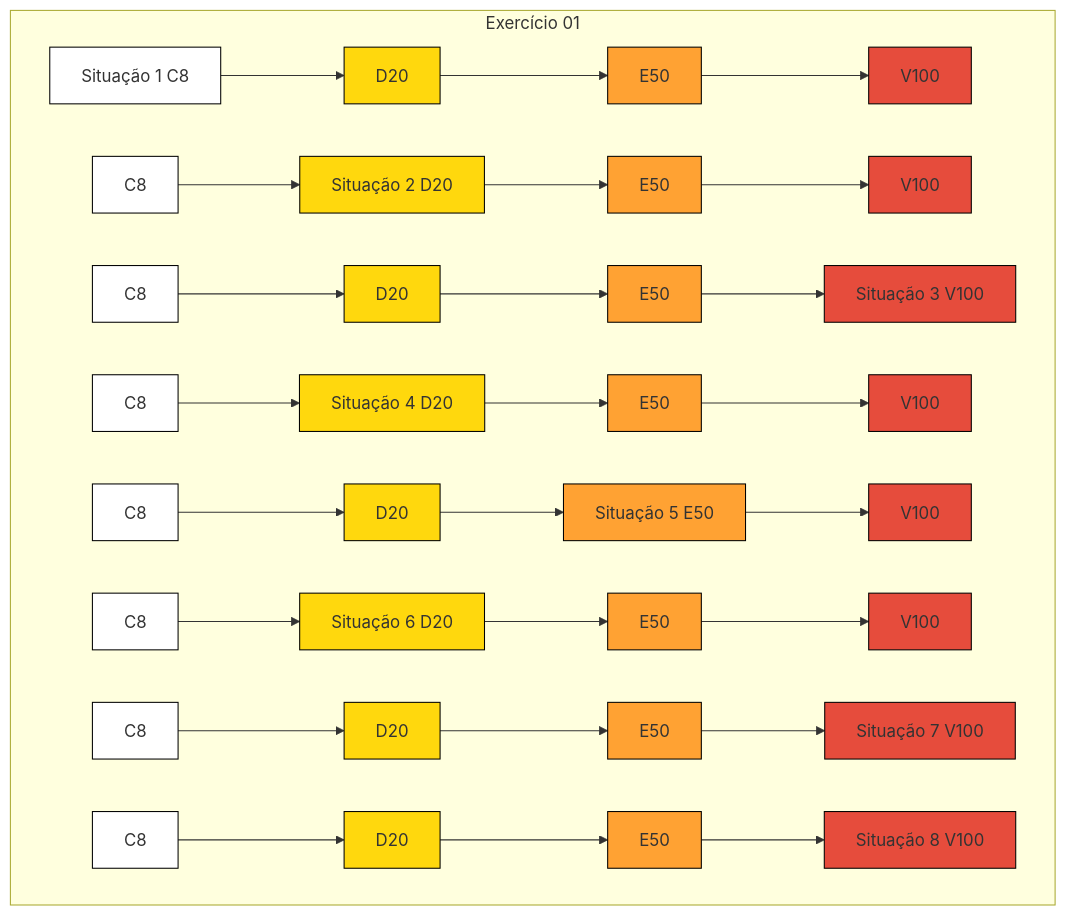
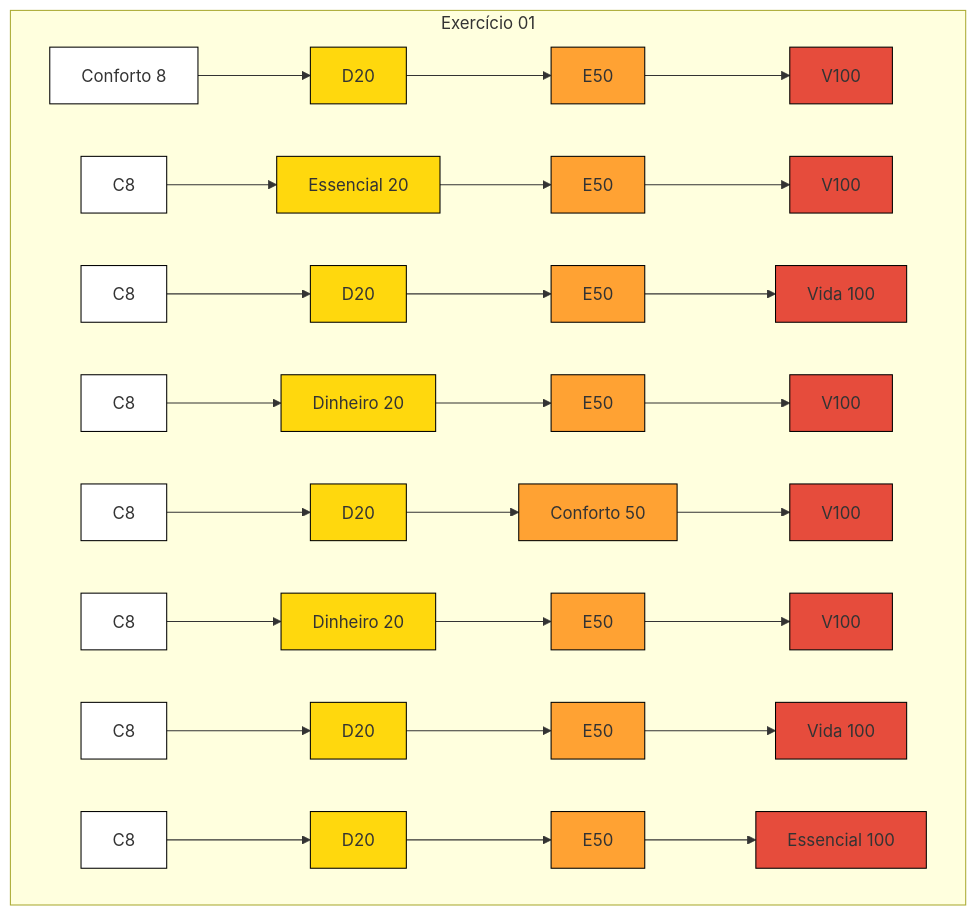
The first of 2 diagrams in README.md (catypr/Metodo-Agil-Crystal), drawn with Mermaid before and after one commit. The commit also changed other lines of this file, not shown here.

````diff
--- a/README.md
+++ b/README.md
@@ -2,20 +2,20 @@
 ```mermaid
 graph TD
  subgraph Exercício 01
-  A1["Situação 1 C8"]:::branco --> A2["D20"]:::amarelo --> A3["E50"]:::laranja --> A4["V100"]:::vermelho
-    B1["C8"]:::branco --> B2["Situação 2 D20"]:::amarelo --> B3["E50"]:::laranja --> B4["V100"]:::vermelho
-    C1["C8"]:::branco --> C2["D20"]:::amarelo --> C3["E50"]:::laranja --> C4["Situação 3 V100"]:::vermelho
-    D1["C8"]:::branco --> D2["Situação 4 D20"]:::amarelo --> D3["E50"]:::laranja --> D4["V100"]:::vermelho
-    E1["C8"]:::branco --> E2["D20"]:::amarelo --> E3["Situação 5 E50"]:::laranja --> E4["V100"]:::vermelho
-    F1["C8"]:::branco --> F2["Situação 6 D20"]:::amarelo --> F3["E50"]:::laranja --> F4["V100"]:::vermelho
-    G1["C8"]:::branco --> G2["D20"]:::amarelo --> G3["E50"]:::laranja --> G4["Situação 7 V100"]:::vermelho
-    H1["C8"]:::branco --> H2["D20"]:::amarelo --> H3["E50"]:::laranja --> H4["Situação 8 V100"]:::vermelho
+  A1["Conforto 8"]:::branco --> A2["D20"]:::amarelo --> A3["E50"]:::laranja --> A4["V100"]:::vermelho
+    B1["C8"]:::branco --> B2["Essencial 20"]:::amarelo --> B3["E50"]:::laranja --> B4["V100"]:::vermelho
+    C1["C8"]:::branco --> C2["D20"]:::amarelo --> C3["E50"]:::laranja --> C4["Vida 100"]:::vermelho
+    D1["C8"]:::branco --> D2["Dinheiro 20"]:::amarelo --> D3["E50"]:::laranja --> D4["V100"]:::vermelho
+    E1["C8"]:::branco --> E2["D20"]:::amarelo --> E3["Conforto 50"]:::laranja --> E4["V100"]:::vermelho
+    F1["C8"]:::branco --> F2["Dinheiro 20"]:::amarelo --> F3["E50"]:::laranja --> F4["V100"]:::vermelho
+    G1["C8"]:::branco --> G2["D20"]:::amarelo --> G3["E50"]:::laranja --> G4["Vida 100"]:::vermelho
+    H1["C8"]:::branco --> H2["D20"]:::amarelo --> H3["E50"]:::laranja --> H4["Essencial 100"]:::vermelho
   end
  
   %% Definições de estilo
   classDef branco fill:#ffffff,stroke:#000,stroke-width:1px;
   classDef amarelo fill:#FFD80D,stroke:#000,stroke-width:1px;
   classDef laranja fill:#FFA233,stroke:#000,stroke-width:1px;
   classDef vermelho fill:#E64C3C,stroke:#000,stroke-width:1px;
  
 ```
````
